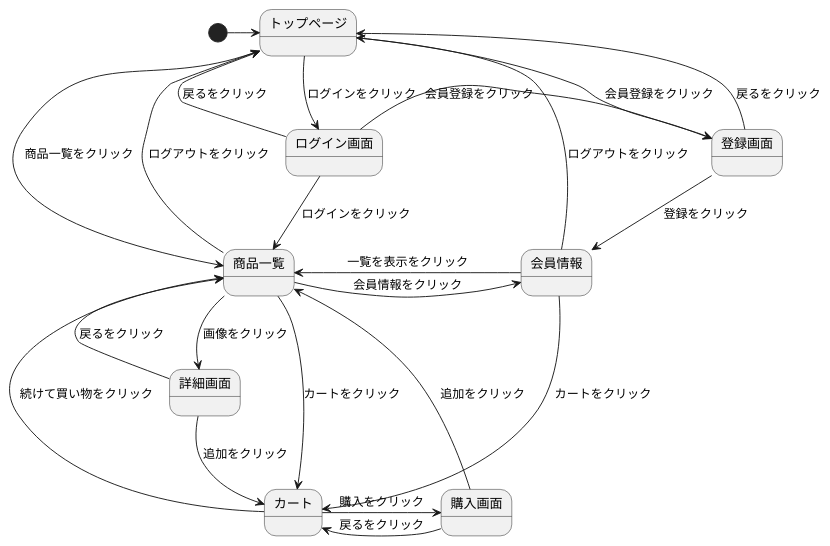
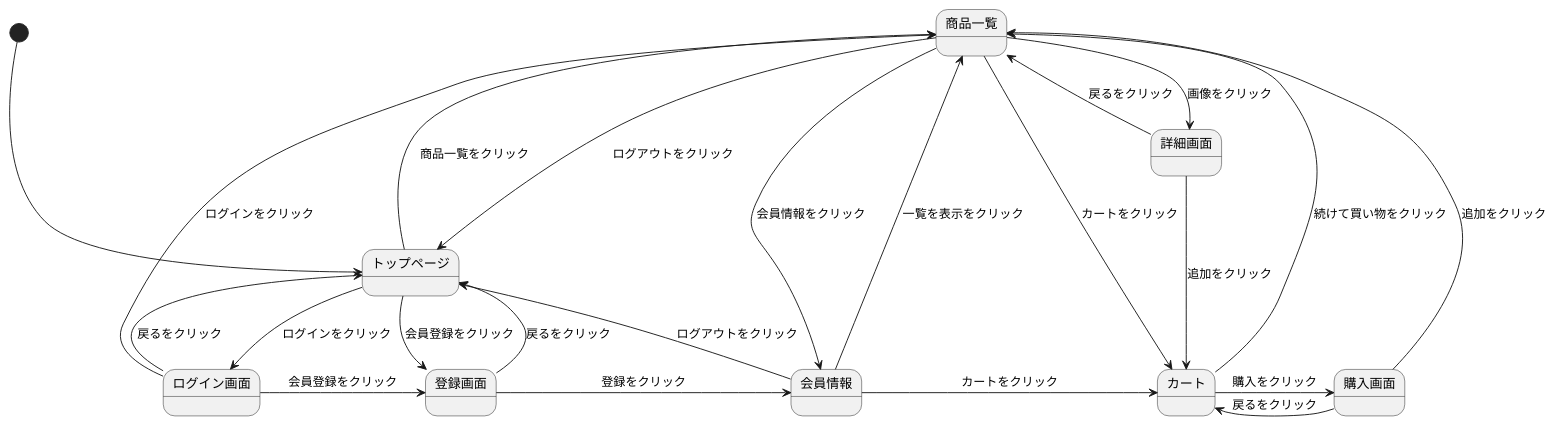
One commit to Aso2001409/2021sys-design changed the diagram in gamen.md. Above: the diagram before and after it, drawn with PlantUML.

````diff
--- a/gamen.md
+++ b/gamen.md
@@ -1,26 +1,26 @@
 ```uml
 @startuml
-[*]->トップページ
+[*]--->トップページ
 トップページ--->商品一覧 :商品一覧をクリック
 トップページ-->ログイン画面 :ログインをクリック
 トップページ-->登録画面 :会員登録をクリック
 商品一覧-->詳細画面 :画像をクリック
 商品一覧--->カート :カートをクリック
 商品一覧->トップページ :ログアウトをクリック
 商品一覧->会員情報 :会員情報をクリック
 詳細画面->商品一覧 :戻るをクリック
 詳細画面->カート :追加をクリック
 カート->商品一覧 :続けて買い物をクリック
 カート->購入画面 :購入をクリック
 購入画面->カート :戻るをクリック
 購入画面->商品一覧 :追加をクリック
 会員情報->商品一覧 :一覧を表示をクリック
 会員情報->カート :カートをクリック
 会員情報->トップページ :ログアウトをクリック
 ログイン画面->商品一覧 :ログインをクリック
 ログイン画面->登録画面 :会員登録をクリック
 ログイン画面->トップページ :戻るをクリック
 登録画面->会員情報 :登録をクリック
 登録画面->トップページ :戻るをクリック
 @enduml
 ```
````
